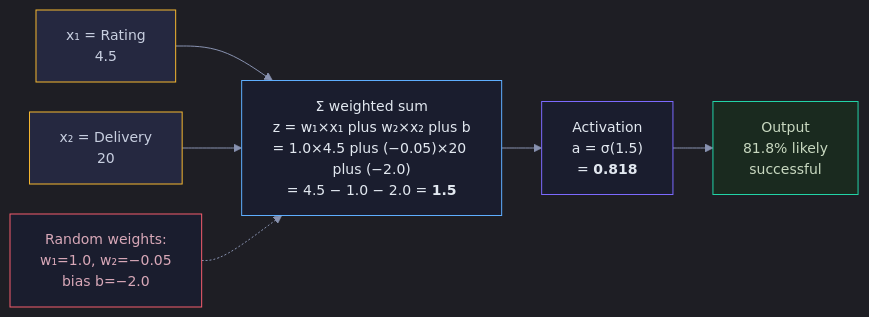
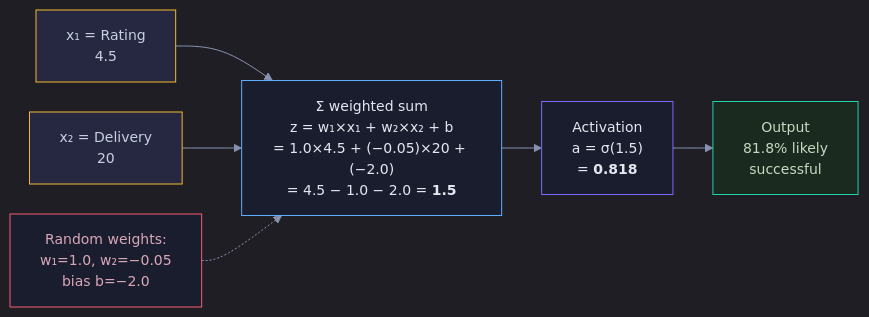
Before and after one commit to snehith1234/StudyCircle: the second of 9 diagrams in Documents/Visual_Guides/Deep_Learning/Neural_Networks_Visual.md, drawn with Mermaid. The commit also changed other lines of this file and 10 other files, not shown here.

First line of the commit message:
Fix Mermaid formatting and add RNN/LSTM guides

````diff
--- a/Documents/Visual_Guides/Deep_Learning/Neural_Networks_Visual.md
+++ b/Documents/Visual_Guides/Deep_Learning/Neural_Networks_Visual.md
@@ -38,16 +38,16 @@
 ```mermaid
 %%{init: {'theme': 'dark', 'themeVariables': {'darkMode': true, 'background': '#0e1117', 'primaryColor': '#1a1d2e', 'primaryTextColor': '#e2e8f0', 'primaryBorderColor': '#2d3148', 'lineColor': '#8892b0', 'secondaryColor': '#252840', 'tertiaryColor': '#1a1d2e', 'fontSize': '14px', 'edgeLabelBackground': '#0e1117'}, 'flowchart': {'nodeSpacing': 30, 'rankSpacing': 40, 'padding': 15, 'htmlLabels': true}}}%%
 graph LR
-    X1["x₁ = Rating<br/>4.5"] --> SUM["Σ weighted sum<br/>z = w₁×x₁ plus w₂×x₂ plus b<br/>= 1.0×4.5 plus (−0.05)×20 plus (−2.0)<br/>= 4.5 − 1.0 − 2.0 = <b>1.5</b>"]
+    X1["x₁ = Rating<br/>4.5"] --> SUM["Σ weighted sum<br/>z = w₁×x₁ + w₂×x₂ + b<br/>= 1.0×4.5 + (−0.05)×20 + (−2.0)<br/>= 4.5 − 1.0 − 2.0 = <b>1.5</b>"]
     X2["x₂ = Delivery<br/>20"] --> SUM
     W["Random weights:<br/>w₁=1.0, w₂=−0.05<br/>bias b=−2.0"] -.-> SUM
     SUM --> ACT["Activation<br/>a = σ(1.5)<br/>= <b>0.818</b>"]
     ACT --> OUT["Output<br/>81.8% likely<br/>successful"]
 
     style X1 fill:#252840,stroke:#f5b731,color:#c8cfe0
     style X2 fill:#252840,stroke:#f5b731,color:#c8cfe0
     style W fill:#1a1d2e,stroke:#f45d6d,color:#d8a8b8
     style SUM fill:#1a1d2e,stroke:#5eaeff,color:#e2e8f0
     style ACT fill:#1a1d2e,stroke:#7c6aff,color:#e2e8f0
     style OUT fill:#1a2a1f,stroke:#22d3a7,color:#c8d8c0
 ```
````
